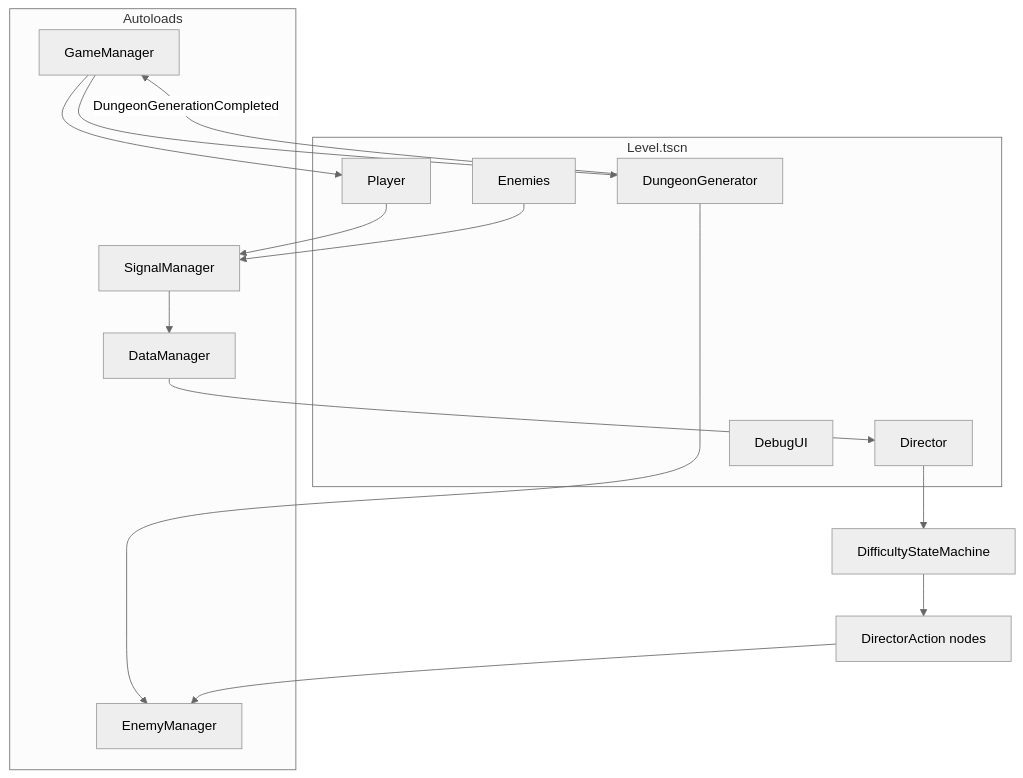
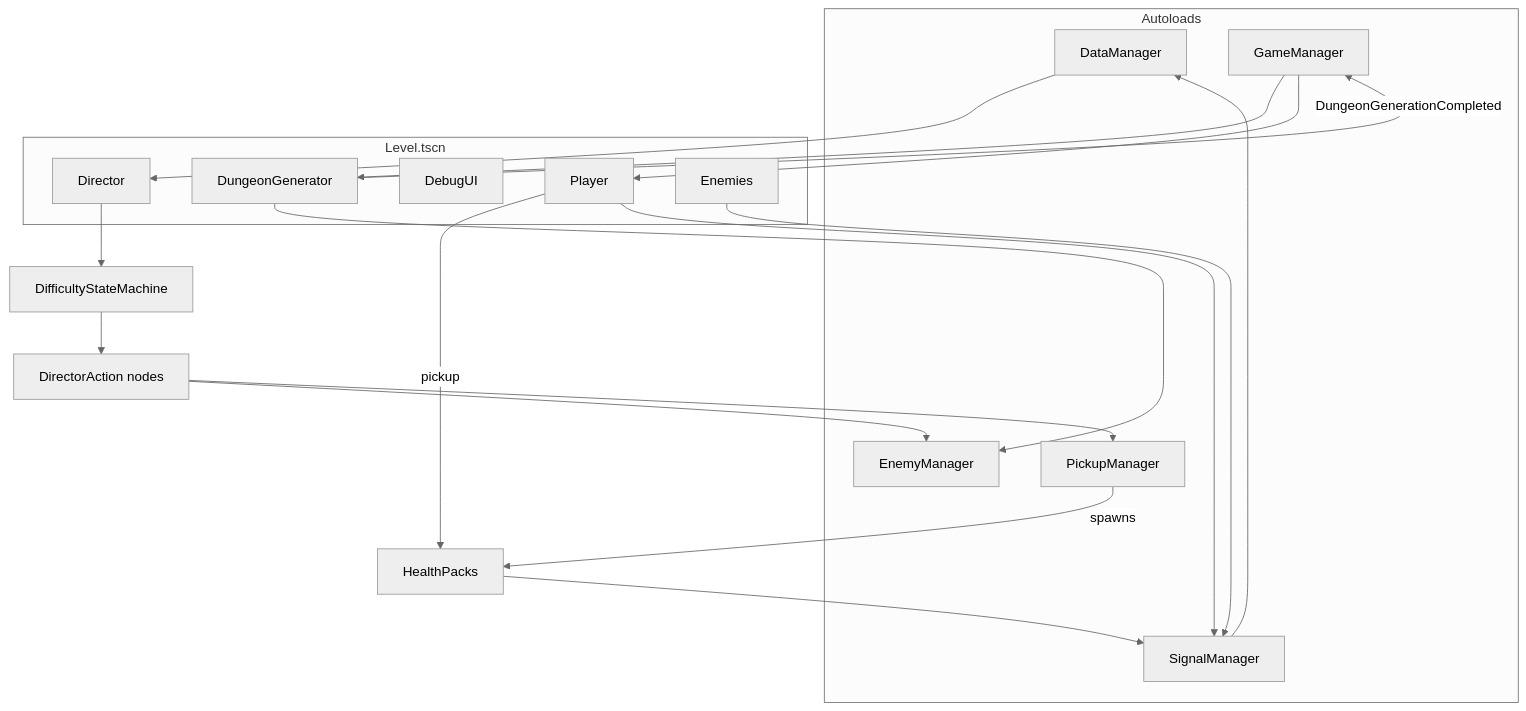
One commit to sighmonk/ai-director-demo changed the first of 2 diagrams in Docs/architecture.md. Above: the diagram before and after it, drawn with Mermaid (neutral theme). The commit also changed other lines of this file and 22 other files, not shown here.

````diff
--- a/Docs/architecture.md
+++ b/Docs/architecture.md
@@ -9,29 +9,34 @@
 ```mermaid
 flowchart TD
     subgraph Autoloads
         DM[DataManager]
         SM[SignalManager]
         EM[EnemyManager]
         GM[GameManager]
+        PM[PickupManager]
     end
 
     subgraph Level[Level.tscn]
         DG[DungeonGenerator]
         DIR[Director]
         UI[DebugUI]
         P[Player]
         E[Enemies]
     end
 
     GM --> DG
     DG -->|DungeonGenerationCompleted| GM
     DG --> EM
     GM --> P
+    PM -->|spawns| HP[HealthPacks]
+    P -->|pickup| HP
     DIR --> DSm[DifficultyStateMachine]
     DSm --> A[DirectorAction nodes]
     A --> EM
+    A --> PM
     P --> SM
     E --> SM
+    HP --> SM
     SM --> DM
     DM --> DIR
 ```
````
